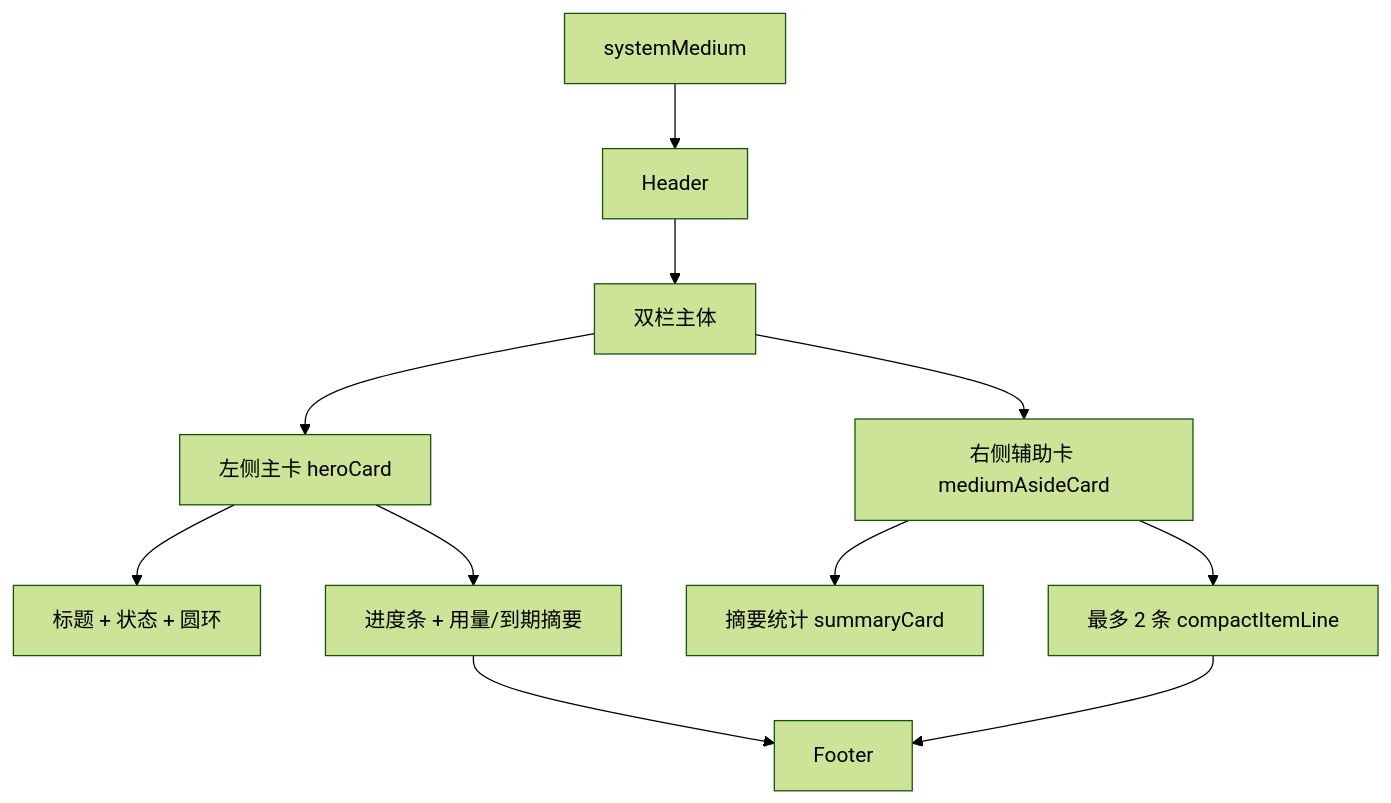
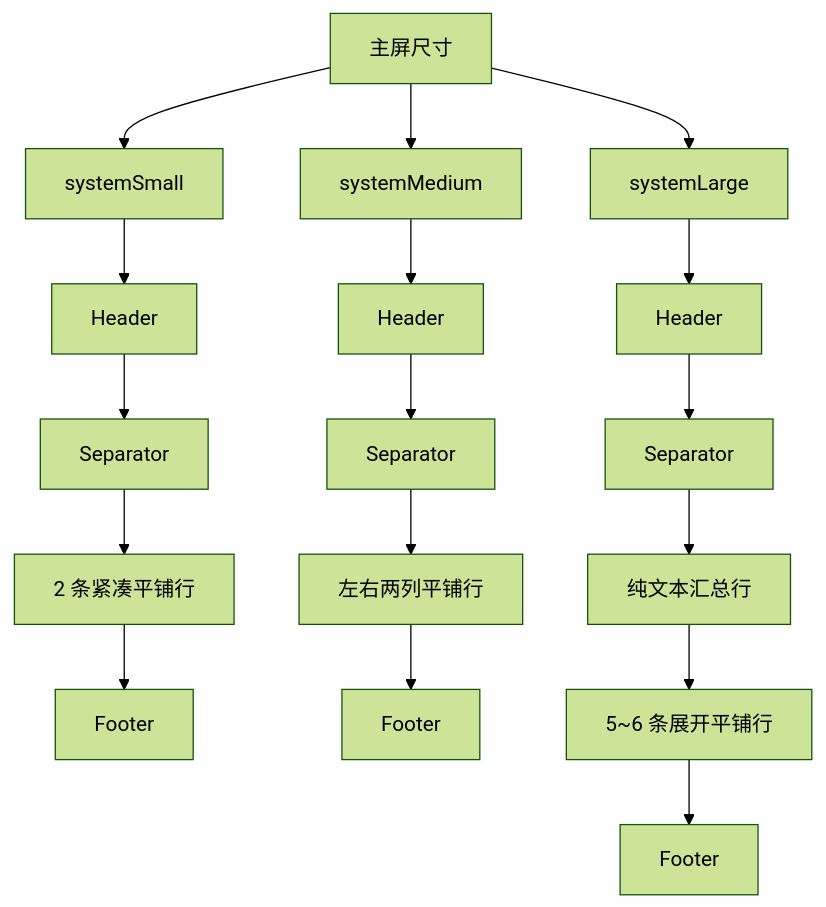
One commit to CallMeKingsley97/useful-module changed the diagram in prd/airport_subscribe.md. Above: the diagram before and after it, drawn with Mermaid (forest theme). The commit also changed other lines of this file and 1 other file, not shown here.

````diff
--- a/prd/airport_subscribe.md
+++ b/prd/airport_subscribe.md
@@ -62,13 +75,19 @@
 ```mermaid
 flowchart TD
-    A["systemMedium"] --> B["Header"]
-    B --> C["双栏主体"]
-    C --> D["左侧主卡 heroCard"]
-    C --> E["右侧辅助卡 mediumAsideCard"]
-    D --> F["标题 + 状态 + 圆环"]
-    D --> G["进度条 + 用量/到期摘要"]
-    E --> H["摘要统计 summaryCard"]
-    E --> I["最多 2 条 compactItemLine"]
-    I --> J["Footer"]
-    G --> J
+    A["主屏尺寸"] --> B["systemSmall"]
+    A --> C["systemMedium"]
+    A --> D["systemLarge"]
+    B --> B1["Header"]
+    B1 --> B2["Separator"]
+    B2 --> B3["2 条紧凑平铺行"]
+    B3 --> B4["Footer"]
+    C --> C1["Header"]
+    C1 --> C2["Separator"]
+    C2 --> C3["左右两列平铺行"]
+    C3 --> C4["Footer"]
+    D --> D1["Header"]
+    D1 --> D2["Separator"]
+    D2 --> D3["纯文本汇总行"]
+    D3 --> D4["5~6 条展开平铺行"]
+    D4 --> D5["Footer"]
 ```
````
